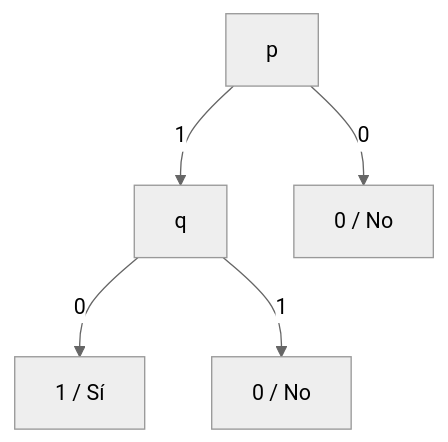
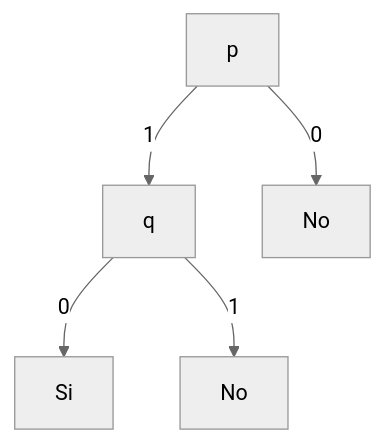
The first of 5 diagrams in practicos/practico 2/resultados/ejercicio_01.md (santrodriguez21/aprendizaje-automatico), drawn with Mermaid (neutral theme) before and after one commit. The commit also changed other lines of this file and 4 other files, not shown here.

````diff
--- a/practicos/practico 2/resultados/ejercicio_01.md
+++ b/practicos/practico 2/resultados/ejercicio_01.md
@@ -39,7 +39,7 @@
 ```mermaid
 graph TD
     P[p] -->|1| Q[q]
-    P -->|0| N1[0 / No]
-    Q -->|0| S1[1 / Sí]
-    Q -->|1| N2[0 / No]
+    P -->|0| N1[No]
+    Q -->|0| S1[Si]
+    Q -->|1| N2[No]
 ```
````
